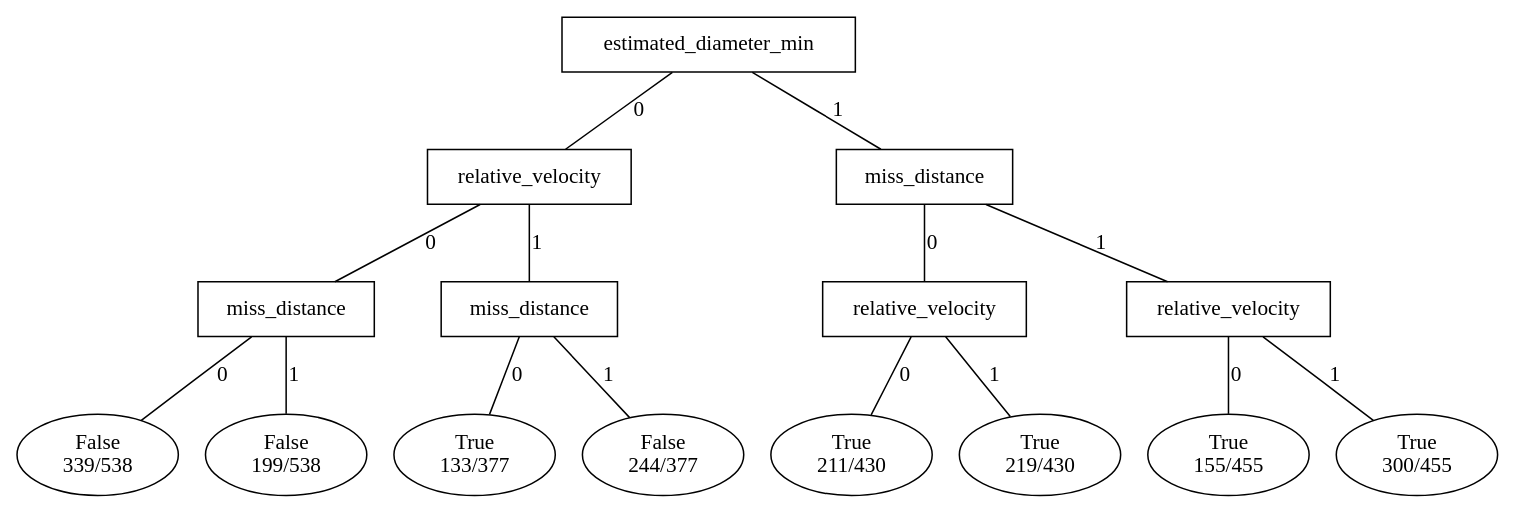
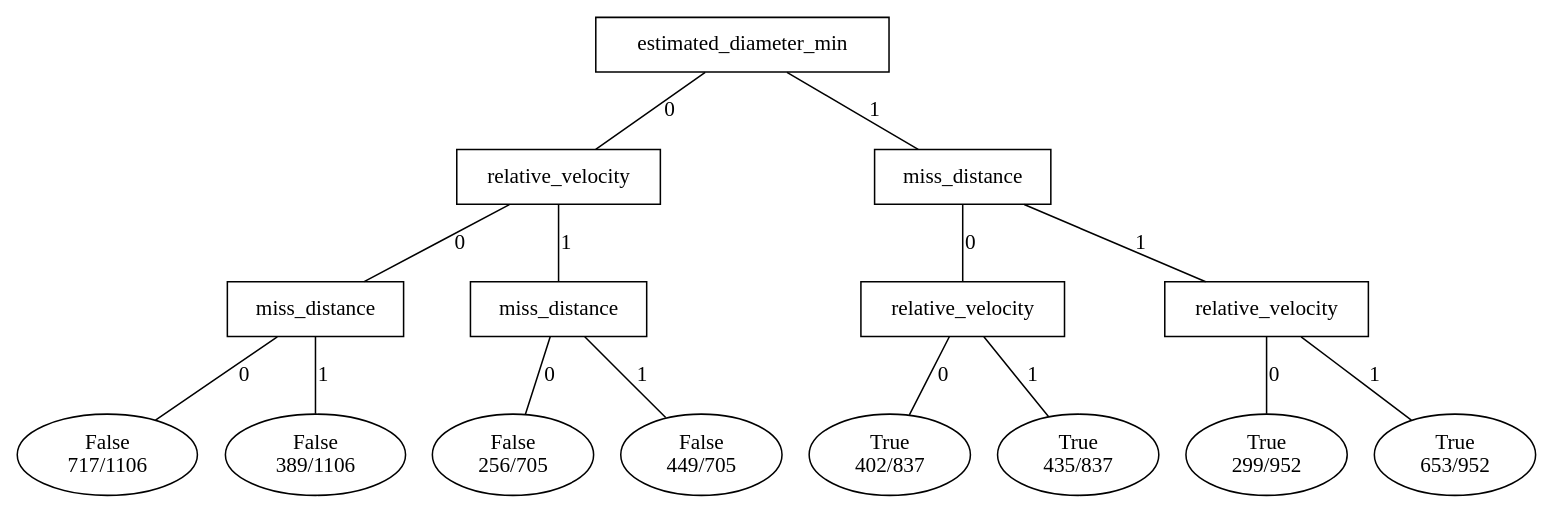
One commit to izzytilles/CPSC322-FinalProject changed the diagram in tree_vis/space_tree.dot. Above: the diagram before and after it, drawn with Graphviz. The commit also changed 6 other files, not shown here.

```diff
--- a/tree_vis/space_tree.dot
+++ b/tree_vis/space_tree.dot
@@ -1,39 +1,39 @@
 strict graph {
 	node0 [label=estimated_diameter_min shape=box]
 	node1 [label=relative_velocity shape=box]
 	node0 -- node1 [label=0]
 	node2 [label=miss_distance shape=box]
 	node1 -- node2 [label=0]
 	node4 [label="False
-339/538" shape=ellipse]
+717/1106" shape=ellipse]
 	node2 -- node4 [label=0]
 	node6 [label="False
-199/538" shape=ellipse]
+389/1106" shape=ellipse]
 	node2 -- node6 [label=1]
 	node7 [label=miss_distance shape=box]
 	node1 -- node7 [label=1]
-	node9 [label="True
-133/377" shape=ellipse]
+	node9 [label="False
+256/705" shape=ellipse]
 	node7 -- node9 [label=0]
 	node11 [label="False
-244/377" shape=ellipse]
+449/705" shape=ellipse]
 	node7 -- node11 [label=1]
 	node12 [label=miss_distance shape=box]
 	node0 -- node12 [label=1]
 	node13 [label=relative_velocity shape=box]
 	node12 -- node13 [label=0]
 	node15 [label="True
-211/430" shape=ellipse]
+402/837" shape=ellipse]
 	node13 -- node15 [label=0]
 	node17 [label="True
-219/430" shape=ellipse]
+435/837" shape=ellipse]
 	node13 -- node17 [label=1]
 	node18 [label=relative_velocity shape=box]
 	node12 -- node18 [label=1]
 	node20 [label="True
-155/455" shape=ellipse]
+299/952" shape=ellipse]
 	node18 -- node20 [label=0]
 	node22 [label="True
-300/455" shape=ellipse]
+653/952" shape=ellipse]
 	node18 -- node22 [label=1]
 }
```
